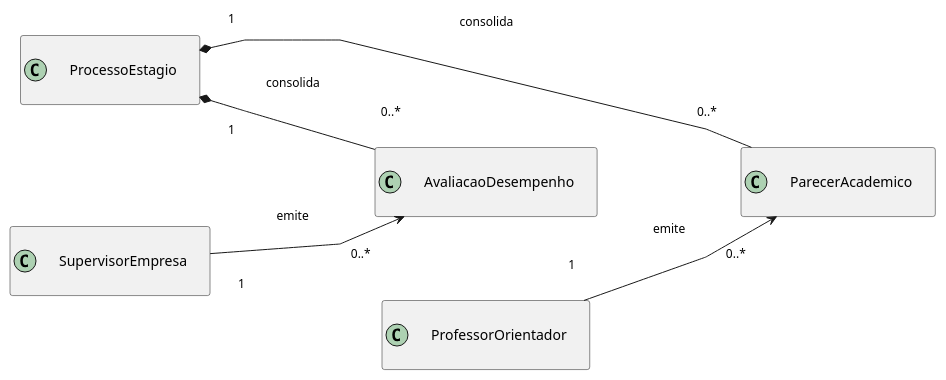
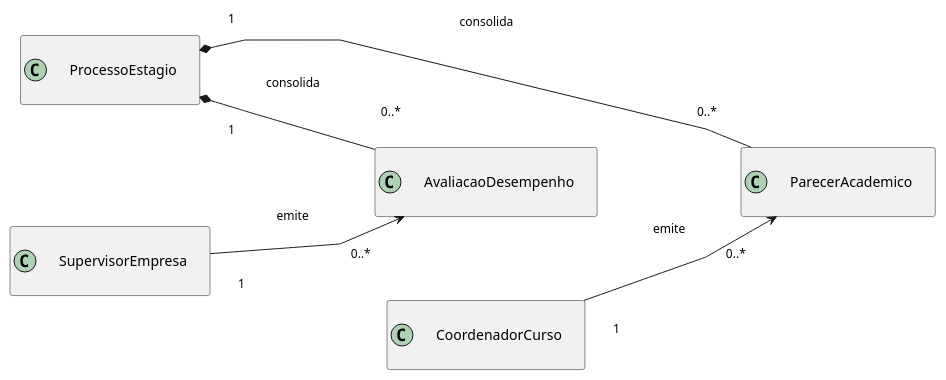
Before and after one commit to Projetos-de-Extensao/PBE_26.1_8002_I: the ninth of 11 diagrams in docs/Elaboracao/diagrma_de_classes.md, drawn with PlantUML. The commit also changed other lines of this file, not shown here.

Commit message:
docs: ajusta diagrama de classes para coordenador do curso

````diff
--- a/docs/Elaboracao/diagrma_de_classes.md
+++ b/docs/Elaboracao/diagrma_de_classes.md
@@ -284,26 +286,26 @@
 ```puml
 @startuml
 left to right direction
 hide empty members
 skinparam classAttributeIconSize 0
 skinparam linetype polyline
 skinparam nodesep 70
 skinparam ranksep 70
 skinparam Padding 20
 skinparam ArrowFontSize 12
 
 class ProcessoEstagio
 class SupervisorEmpresa
-class ProfessorOrientador
+class CoordenadorCurso
 class AvaliacaoDesempenho
 class ParecerAcademico
 
 SupervisorEmpresa "1" --> "0..*" AvaliacaoDesempenho : emite
-ProfessorOrientador "1" --> "0..*" ParecerAcademico : emite
+CoordenadorCurso "1" --> "0..*" ParecerAcademico : emite
 ProcessoEstagio "1" *-- "0..*" AvaliacaoDesempenho : consolida
 ProcessoEstagio "1" *-- "0..*" ParecerAcademico : consolida
 
-SupervisorEmpresa -[hidden]down- ProfessorOrientador
+SupervisorEmpresa -[hidden]down- CoordenadorCurso
 AvaliacaoDesempenho -[hidden]down- ParecerAcademico
 @enduml
 ```
````
